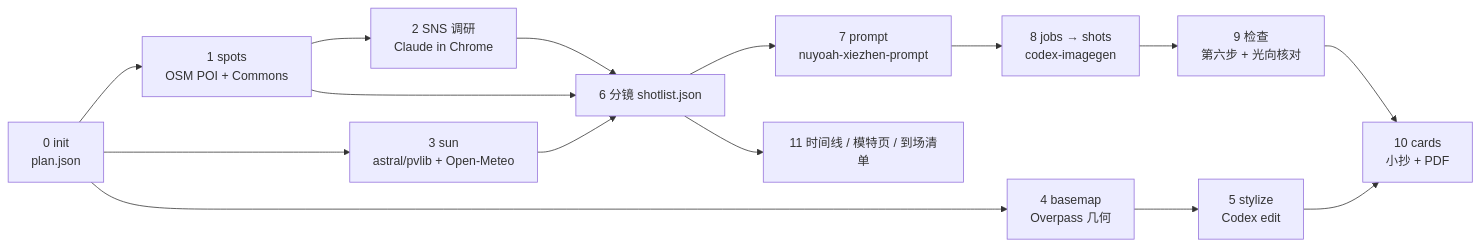
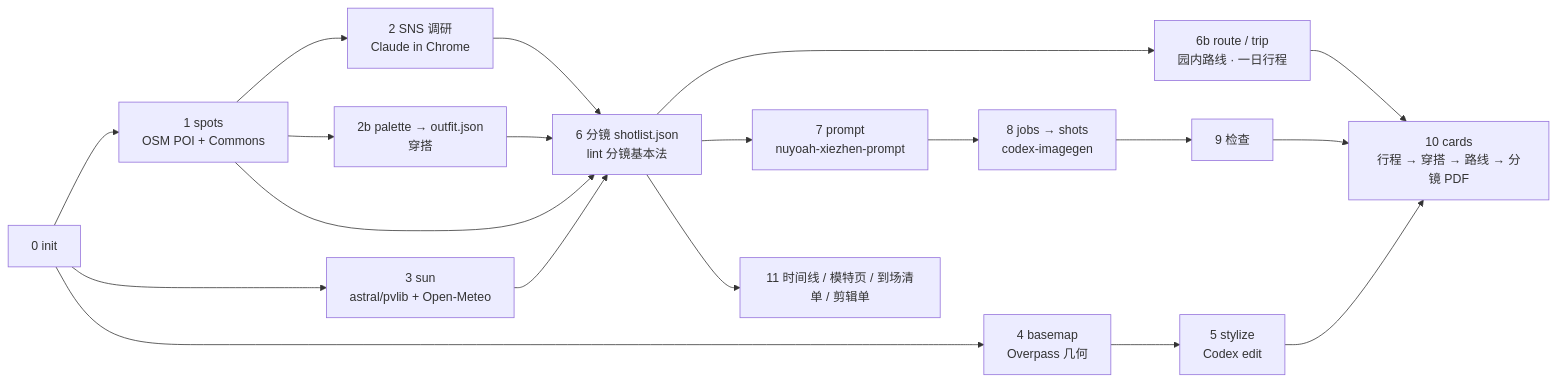
One commit to utopiabelmont/xiezhen-shoot-pipeline changed the diagram in README.md. Above: the diagram before and after it, drawn with Mermaid. The commit also changed other lines of this file, not shown here.

Commit message:
README: rewrite for 1.3.0 (trip/outfit/route pages, stage table, defaults)

````diff
--- a/README.md
+++ b/README.md
@@ -57,17 +48,13 @@
 ```mermaid
 flowchart LR
-  A[0 init<br/>plan.json] --> B[1 spots<br/>OSM POI + Commons]
+  A[0 init] --> B[1 spots<br/>OSM POI + Commons]
   A --> C[3 sun<br/>astral/pvlib + Open-Meteo]
-  A --> D[4 basemap<br/>Overpass 几何]
-  D --> E[5 stylize<br/>Codex edit]
+  A --> D[4 basemap<br/>Overpass 几何] --> E[5 stylize<br/>Codex edit]
   B --> F[2 SNS 调研<br/>Claude in Chrome]
-  B --> G[6 分镜 shotlist.json]
-  C --> G
-  F --> G
-  G --> H[7 prompt<br/>nuyoah-xiezhen-prompt]
-  H --> I[8 jobs → shots<br/>codex-imagegen]
-  I --> J[9 检查<br/>第六步 + 光向核对]
-  J --> K[10 cards<br/>小抄 + PDF]
-  E --> K
-  G --> L[11 时间线 / 模特页 / 到场清单]
+  B --> P[2b palette → outfit.json<br/>穿搭]
+  B & C & F & P --> G[6 分镜 shotlist.json<br/>lint 分镜基本法]
+  G --> R[6b route / trip<br/>园内路线 · 一日行程]
+  G --> H[7 prompt<br/>nuyoah-xiezhen-prompt] --> I[8 jobs → shots<br/>codex-imagegen] --> J[9 检查]
+  J & E & R --> K[10 cards<br/>行程 → 穿搭 → 路线 → 分镜 PDF]
+  G --> L[11 时间线 / 模特页 / 到场清单 / 剪辑单]
 ```
````
